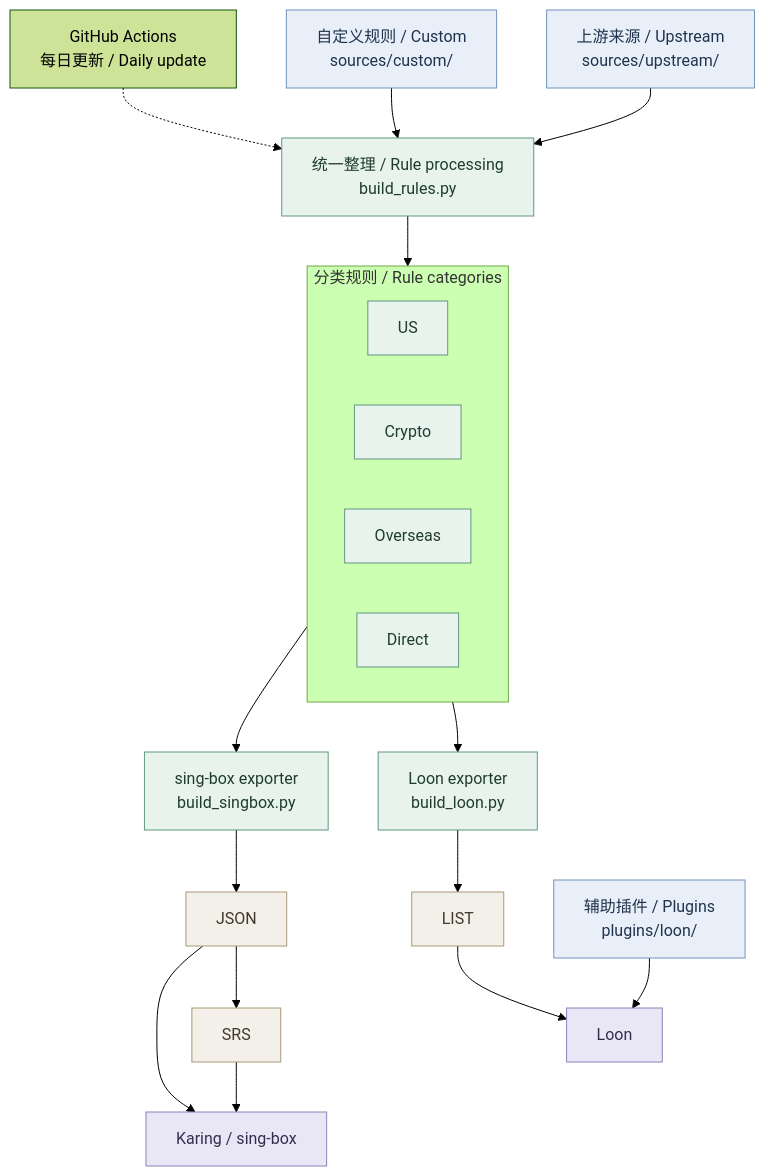
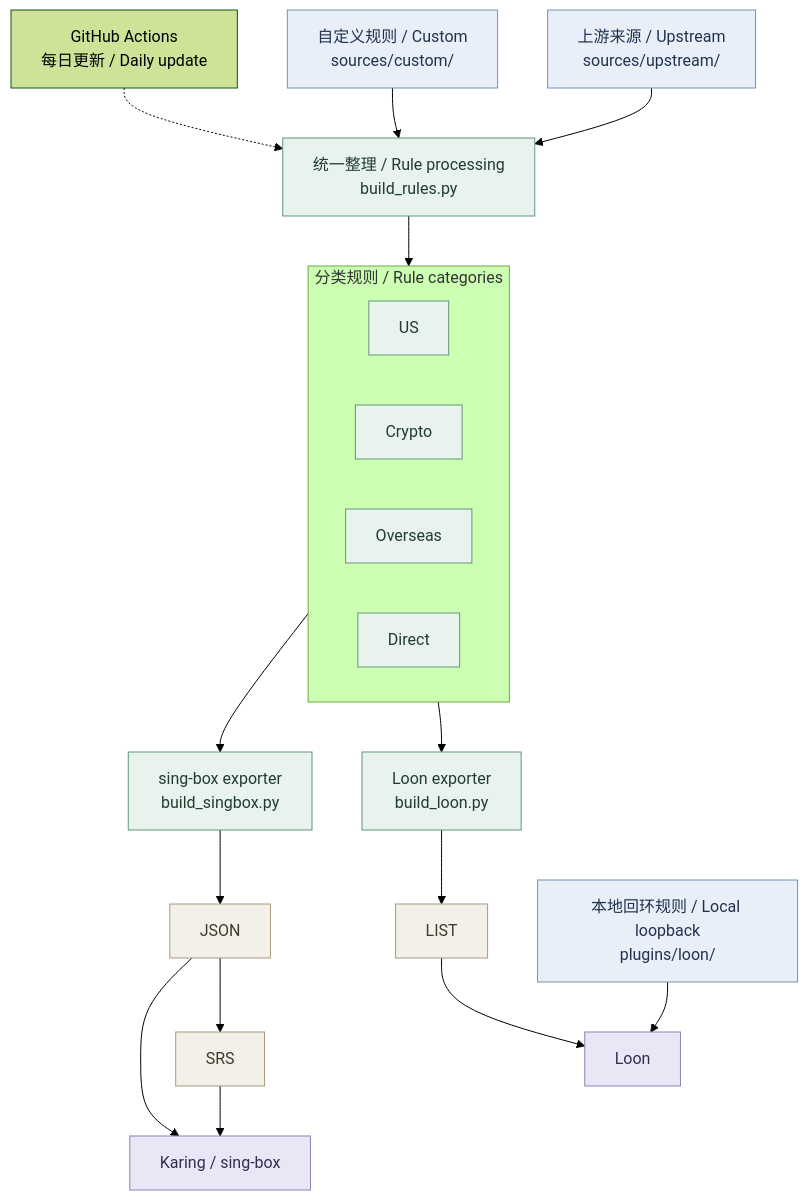
Before and after one commit to GFStillpoint/RoutingRules: the diagram in README.md, drawn with Mermaid (forest theme). The commit also changed other lines of this file, not shown here.

Commit message:
Describe local loopback as a client-specific network rule extension

````diff
--- a/README.md
+++ b/README.md
@@ -11,31 +11,31 @@
 ```mermaid
 flowchart TD
     A["上游来源 / Upstream<br/>sources/upstream/"] --> C
     B["自定义规则 / Custom<br/>sources/custom/"] --> C
     C["统一整理 / Rule processing<br/>build_rules.py"] --> D
     subgraph D["分类规则 / Rule categories"]
         direction LR
         US["US"]
         CR["Crypto"]
         OS["Overseas"]
         DI["Direct"]
     end
     D --> E["Loon exporter<br/>build_loon.py"]
     D --> F["sing-box exporter<br/>build_singbox.py"]
     E --> G["LIST"]
     F --> H["JSON"]
     H --> I["SRS"]
     G --> J["Loon"]
     H --> K["Karing / sing-box"]
     I --> K
-    P["辅助插件 / Plugins<br/>plugins/loon/"] --> J
+    P["本地回环规则 / Local loopback<br/>plugins/loon/"] --> J
     W["GitHub Actions<br/>每日更新 / Daily update"] -.-> C
     classDef source fill:#e8eff8,stroke:#7293bc,color:#20334d
     classDef process fill:#e8f3ee,stroke:#61977d,color:#203c30
     classDef format fill:#f3f0e9,stroke:#a99a77,color:#413a2a
     classDef client fill:#e9e7f5,stroke:#9081b9,color:#352d50
     class A,B,P source
     class C,US,CR,OS,DI,E,F process
     class G,H,I format
     class J,K client
 ```
````
